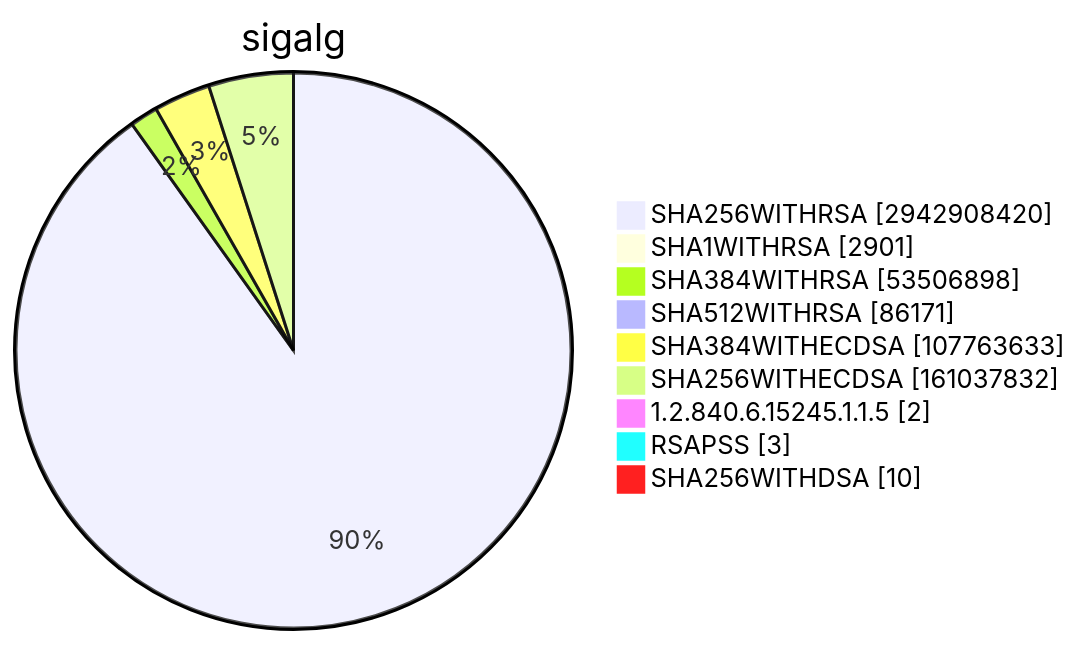
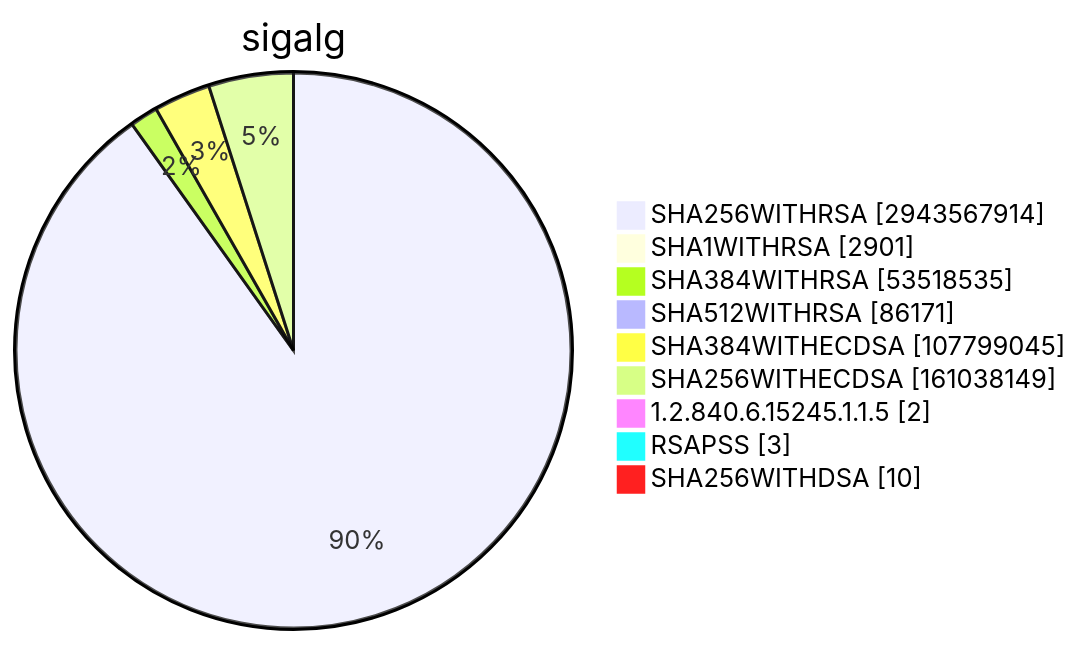
One commit to christiankrug/ctmonitor_visualization changed diagram 15 of 15 in TOTAL/README.md. Above: the diagram before and after it, drawn with Mermaid. The commit also changed other lines of this file, not shown here.

````diff
--- a/TOTAL/README.md
+++ b/TOTAL/README.md
@@ -6207,13 +6207,13 @@
 ```mermaid
 pie showData
 title sigalg
-"SHA256WITHRSA" :2942908420
+"SHA256WITHRSA" :2943567914
 "SHA1WITHRSA" :2901
-"SHA384WITHRSA" :53506898
+"SHA384WITHRSA" :53518535
 "SHA512WITHRSA" :86171
-"SHA384WITHECDSA" :107763633
-"SHA256WITHECDSA" :161037832
+"SHA384WITHECDSA" :107799045
+"SHA256WITHECDSA" :161038149
 "1.2.840.6.15245.1.1.5" :2
 "RSAPSS" :3
 "SHA256WITHDSA" :10
 ```
````
